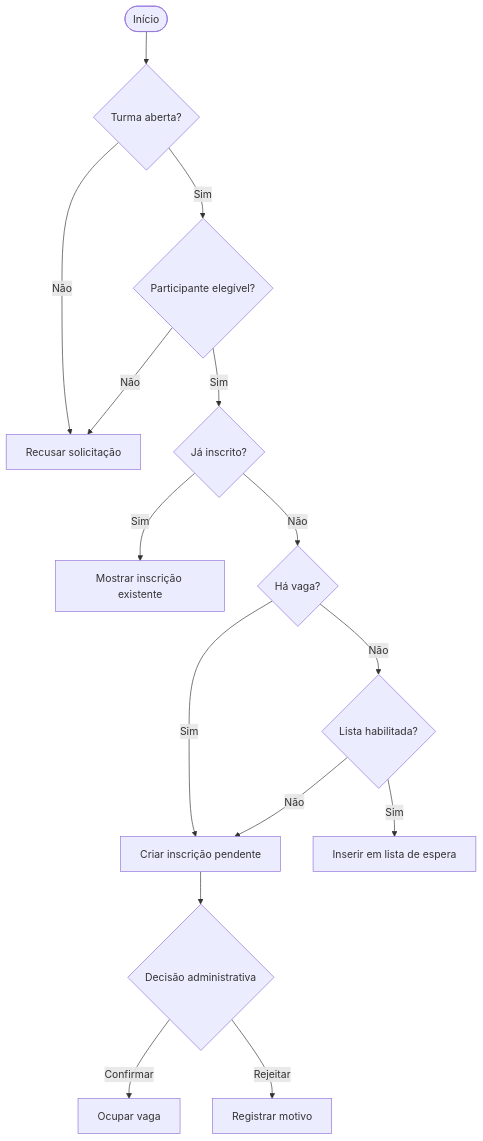
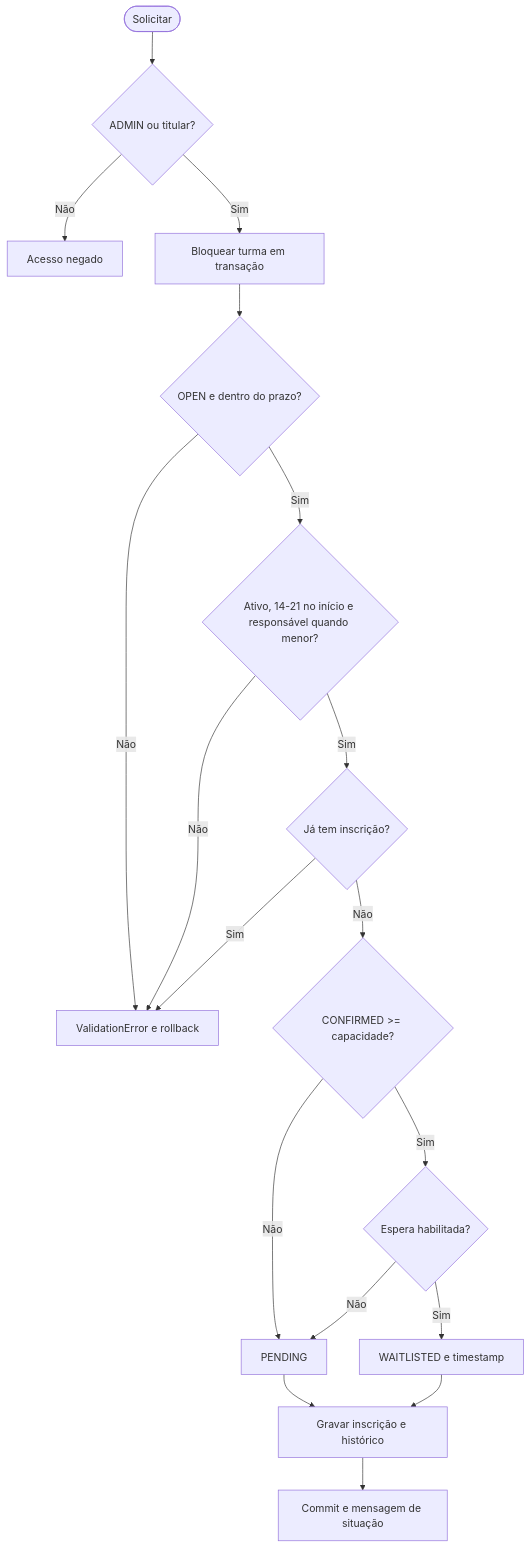
The eighth of 9 diagrams in docs/03-modelagem/diagramas.md (RafhaelH/projeto-integrador-ii-codigo-do-futuro), drawn with Mermaid before and after one commit. The commit also changed other lines of this file and 66 other files, not shown here.

````diff
--- a/docs/03-modelagem/diagramas.md
+++ b/docs/03-modelagem/diagramas.md
@@ -96,17 +296,20 @@
 ```mermaid
 flowchart TB
-    Start([Início]) --> Open{Turma aberta?}
-    Open -- Não --> Reject[Recusar solicitação]
-    Open -- Sim --> Eligible{Participante elegível?}
-    Eligible -- Não --> Reject
-    Eligible -- Sim --> Duplicate{Já inscrito?}
-    Duplicate -- Sim --> Existing[Mostrar inscrição existente]
-    Duplicate -- Não --> Vacancy{Há vaga?}
-    Vacancy -- Sim --> Pending[Criar inscrição pendente]
-    Vacancy -- Não --> Waitlist{Lista habilitada?}
-    Waitlist -- Sim --> Waiting[Inserir em lista de espera]
-    Waitlist -- Não --> Pending
-    Pending --> Review{Decisão administrativa}
-    Review -- Confirmar --> Confirmed[Ocupar vaga]
-    Review -- Rejeitar --> Rejected[Registrar motivo]
+    Inicio([Solicitar]) --> Permissao{ADMIN ou titular?}
+    Permissao -- Não --> Negado[Acesso negado]
+    Permissao -- Sim --> Lock[Bloquear turma em transação]
+    Lock --> Aberta{OPEN e dentro do prazo?}
+    Aberta -- Não --> Erro[ValidationError e rollback]
+    Aberta -- Sim --> Elegivel{Ativo, 14-21 no início e responsável quando menor?}
+    Elegivel -- Não --> Erro
+    Elegivel -- Sim --> Duplicada{Já tem inscrição?}
+    Duplicada -- Sim --> Erro
+    Duplicada -- Não --> Lotada{CONFIRMED >= capacidade?}
+    Lotada -- Não --> Pendente[PENDING]
+    Lotada -- Sim --> Fila{Espera habilitada?}
+    Fila -- Não --> Pendente
+    Fila -- Sim --> Espera[WAITLISTED e timestamp]
+    Pendente --> Historico[Gravar inscrição e histórico]
+    Espera --> Historico
+    Historico --> Commit[Commit e mensagem de situação]
 ```
````
